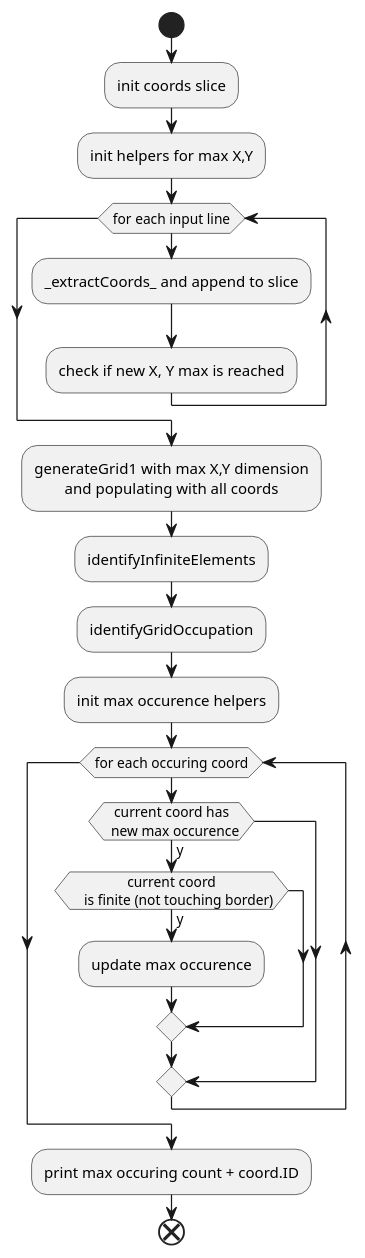
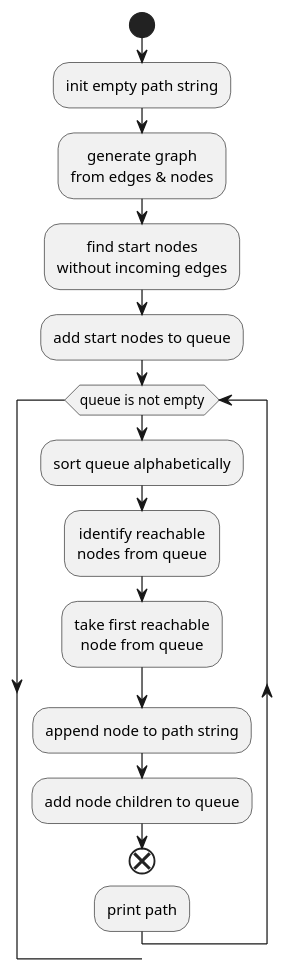
Before and after one commit to rdmueller/aoc-2018: the first of 2 diagrams in day07/go/anoff/README.adoc, drawn with PlantUML. The commit also changed other lines of this file and 1 other file, not shown here.

Commit message:
:page_facing_up: docs: add description day07

```diff
--- a/day07/go/anoff/README.adoc
+++ b/day07/go/anoff/README.adoc
@@ -15,31 +6,25 @@
-[plantuml, day06-part1, png]
+[plantuml, day07-part1, png]
 ....
 @startuml
 skinparam defaulttextalignment center
 skinparam monochrome true
 skinparam shadowing false
 start
-:init coords slice;
-:init helpers for max X,Y;
-while (for each input line)
-  :_extractCoords_ and append to slice;
-  :check if new X, Y max is reached;
-endwhile
-:generateGrid1 with max X,Y dimension
-and populating with all coords;
-:identifyInfiniteElements;
-:identifyGridOccupation;
-:init max occurence helpers;
-while (for each occuring coord)
-  if (current coord has
-  new max occurence) then (y)
-    if (current coord
-    is finite (not touching border)) then (y)
-      :update max occurence;
-    endif
-  endif
-endwhile
-:print max occuring count + coord.ID;
+:init empty path string;
+:generate graph
+from edges & nodes;
+:find start nodes
+without incoming edges;
+:add start nodes to queue;
+while (queue is not empty)
+  :sort queue alphabetically;
+  :identify reachable
+  nodes from queue;
+  :take first reachable
+  node from queue;
+  :append node to path string;
+  :add node children to queue;
 end
+:print path;
 @enduml
 ....
```
